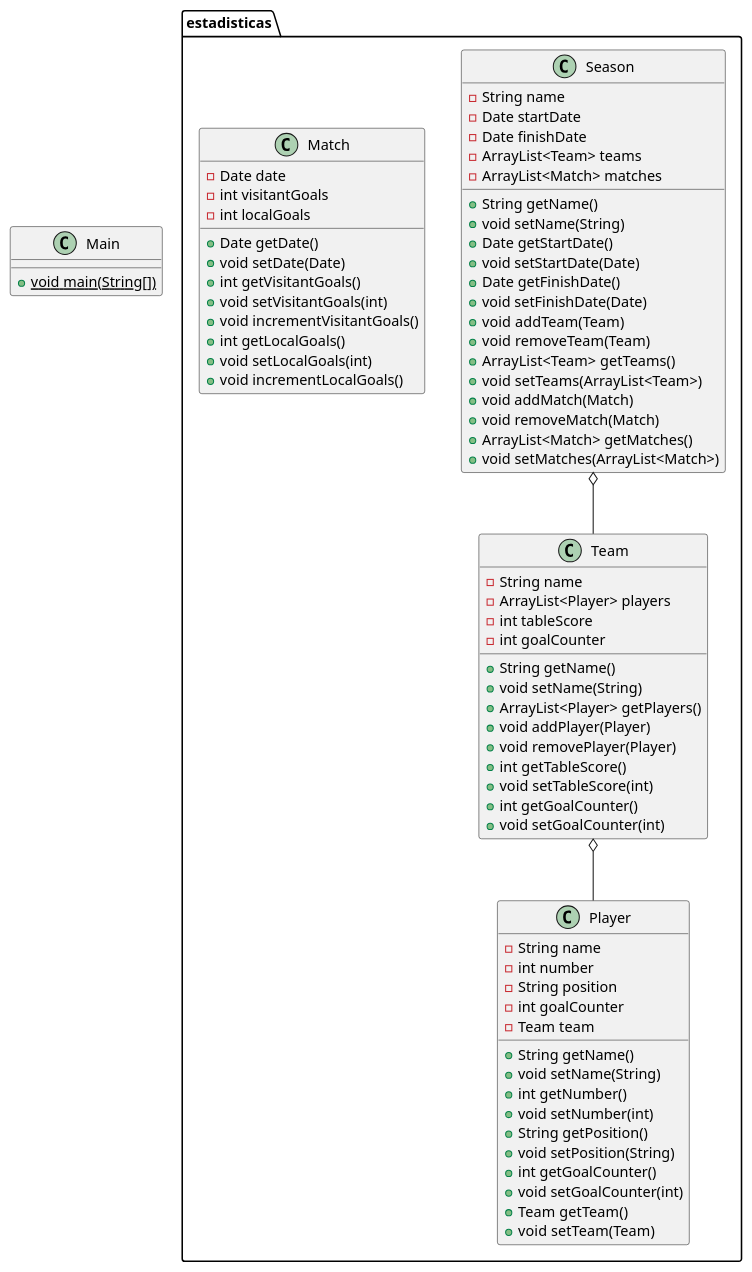
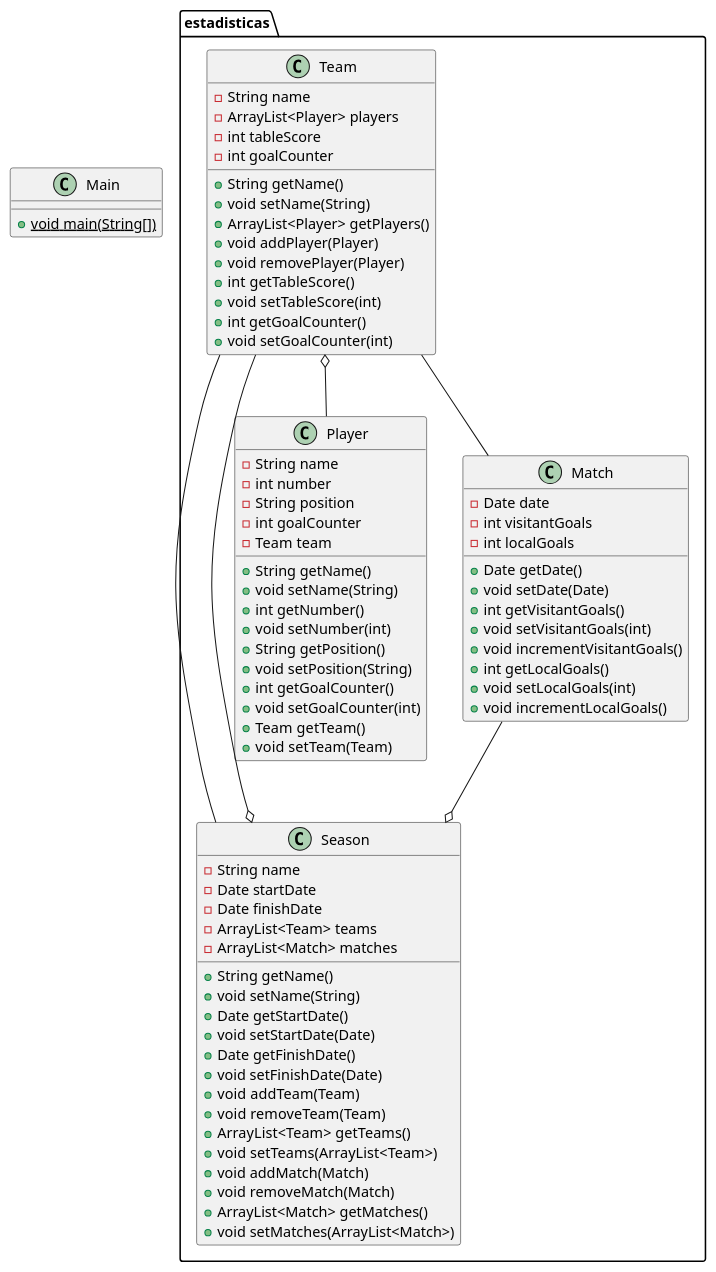
Before and after one commit to davidpaz0283/TP: the diagram in TP_POO/class_diagram.puml, drawn with PlantUML. The commit also changed 1 other file, not shown here.

Commit message:
feat: add player to team

```diff
--- a/TP_POO/class_diagram.puml
+++ b/TP_POO/class_diagram.puml
@@ -1,76 +1,81 @@
 @startuml
 class estadisticas.Team {
 - String name
 - ArrayList<Player> players
 - int tableScore
 - int goalCounter
 + String getName()
 + void setName(String)
 + ArrayList<Player> getPlayers()
 + void addPlayer(Player)
 + void removePlayer(Player)
 + int getTableScore()
 + void setTableScore(int)
 + int getGoalCounter()
 + void setGoalCounter(int)
 }
 class estadisticas.Season {
 - String name
 - Date startDate
 - Date finishDate
 - ArrayList<Team> teams
 - ArrayList<Match> matches
 + String getName()
 + void setName(String)
 + Date getStartDate()
 + void setStartDate(Date)
 + Date getFinishDate()
 + void setFinishDate(Date)
 + void addTeam(Team)
 + void removeTeam(Team)
 + ArrayList<Team> getTeams()
 + void setTeams(ArrayList<Team>)
 + void addMatch(Match)
 + void removeMatch(Match)
 + ArrayList<Match> getMatches()
 + void setMatches(ArrayList<Match>)
 }
 class estadisticas.Player {
 - String name
 - int number
 - String position
 - int goalCounter
 - Team team
 + String getName()
 + void setName(String)
 + int getNumber()
 + void setNumber(int)
 + String getPosition()
 + void setPosition(String)
 + int getGoalCounter()
 + void setGoalCounter(int)
 + Team getTeam()
 + void setTeam(Team)
 }
 class Main {
 + {static} void main(String[])
 }
 class estadisticas.Match {
 - Date date
 - int visitantGoals
 - int localGoals
 + Date getDate()
 + void setDate(Date)
 + int getVisitantGoals()
 + void setVisitantGoals(int)
 + void incrementVisitantGoals()
 + int getLocalGoals()
 + void setLocalGoals(int)
 + void incrementLocalGoals()
 }
 
 estadisticas.Team o-- estadisticas.Player
 
 estadisticas.Season o-- estadisticas.Team
 
+estadisticas.Team -- estadisticas.Match
+
+estadisticas.Match --o estadisticas.Season
+
+estadisticas.Team -- estadisticas.Season
 @enduml
```
